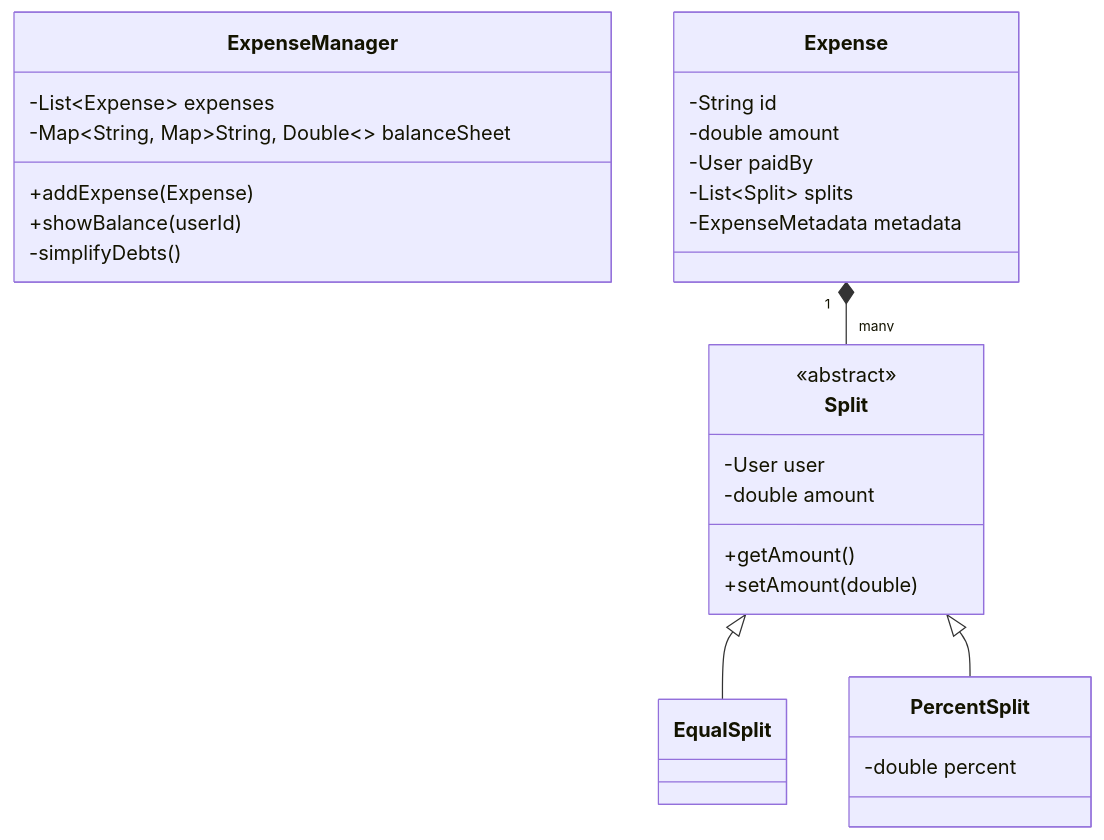
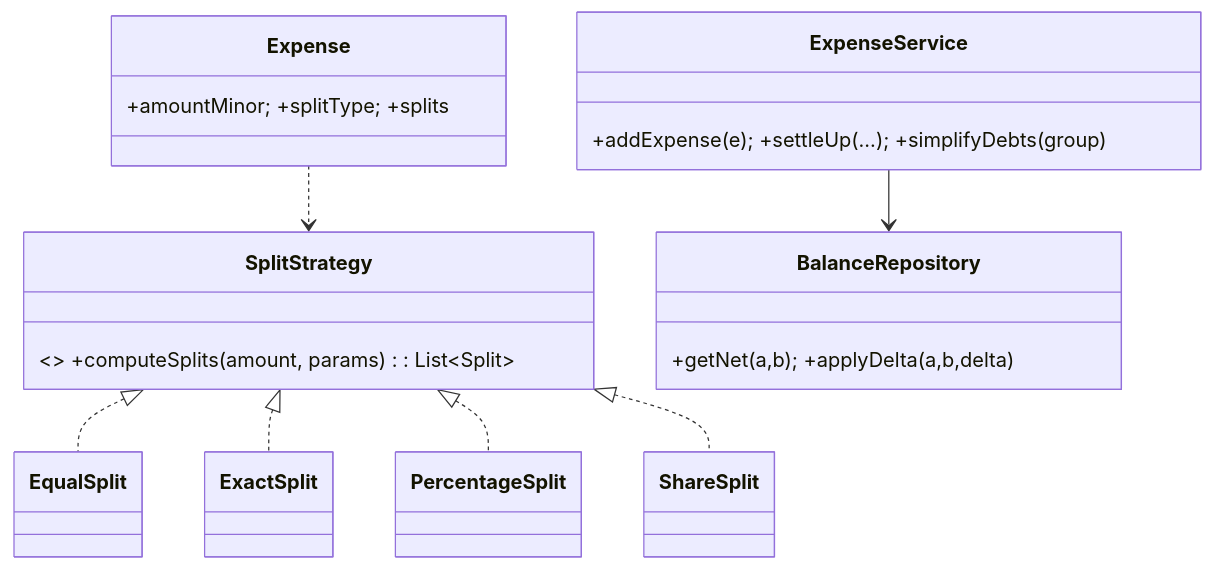
One commit to pidwid/InterviewPrepHub changed the diagram in Notes/LowLevelDesign/Solutions/Solution-Splitwise.md. Above: the diagram before and after it, drawn with Mermaid. The commit also changed other lines of this file and 5 other files, not shown here.

````diff
--- a/Notes/LowLevelDesign/Solutions/Solution-Splitwise.md
+++ b/Notes/LowLevelDesign/Solutions/Solution-Splitwise.md
@@ -34,35 +40,17 @@
 ```mermaid
 classDiagram
-    class ExpenseManager {
-        -List~Expense~ expenses
-        -Map~String, Map~String, Double~~ balanceSheet
-        +addExpense(Expense)
-        +showBalance(userId)
-        -simplifyDebts()
-    }
-
-    class Expense {
-        -String id
-        -double amount
-        -User paidBy
-        -List~Split~ splits
-        -ExpenseMetadata metadata
-    }
-
-    class Split {
-        <<abstract>>
-        -User user
-        -double amount
-        +getAmount()
-        +setAmount(double)
-    }
-
-    class EqualSplit { }
-    class PercentSplit {
-        -double percent
-    }
-
-    Expense "1" *-- "many" Split
-    Split <|-- EqualSplit
-    Split <|-- PercentSplit
+  class Expense { +amountMinor; +splitType; +splits }
+  class SplitStrategy { <<interface>> +computeSplits(amount, params): List~Split~ }
+  class EqualSplit
+  class ExactSplit
+  class PercentageSplit
+  class ShareSplit
+  class ExpenseService { +addExpense(e); +settleUp(...); +simplifyDebts(group) }
+  class BalanceRepository { +getNet(a,b); +applyDelta(a,b,delta) }
+  Expense ..> SplitStrategy
+  SplitStrategy <|.. EqualSplit
+  SplitStrategy <|.. ExactSplit
+  SplitStrategy <|.. PercentageSplit
+  SplitStrategy <|.. ShareSplit
+  ExpenseService --> BalanceRepository
 ```
````
